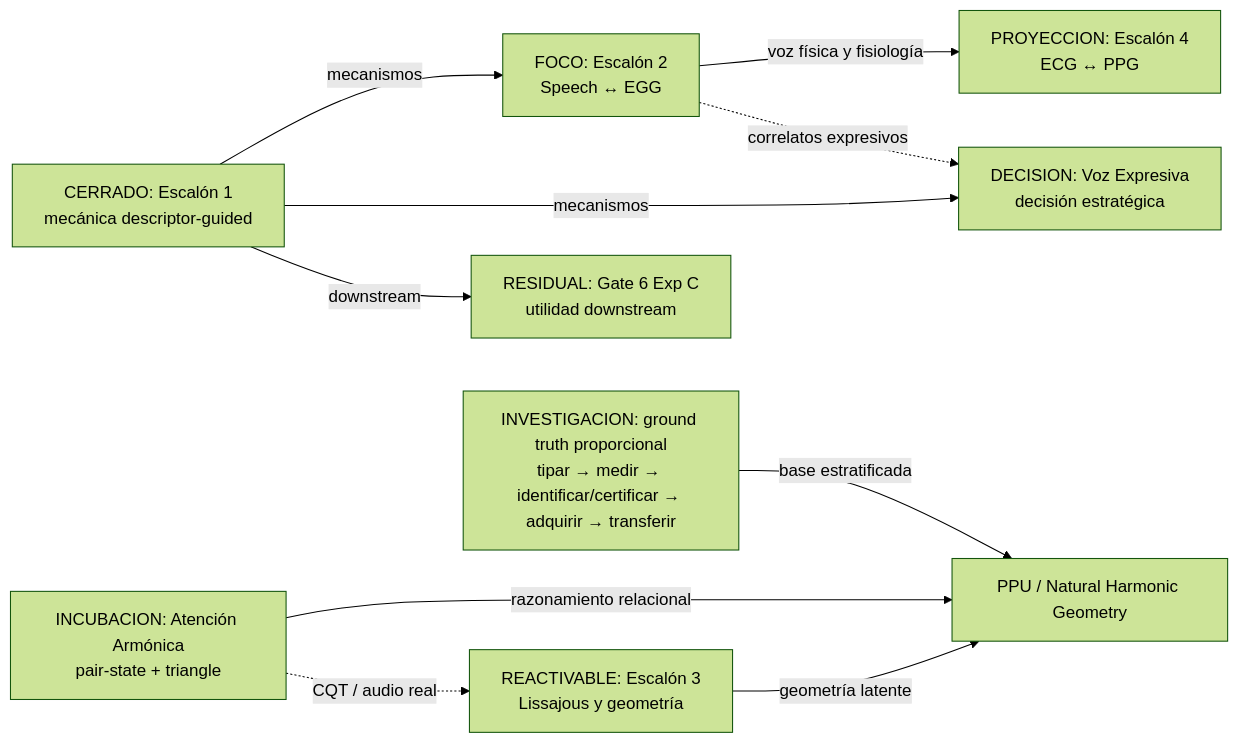
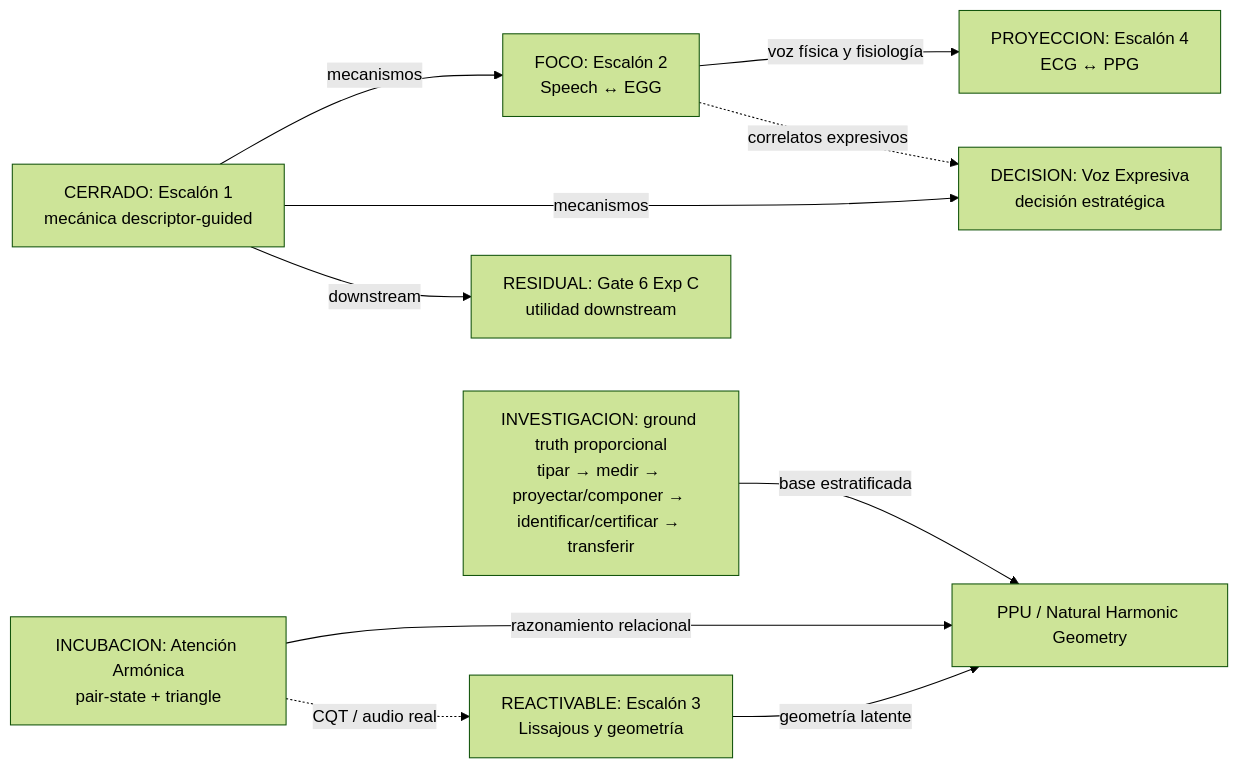
The first of 2 diagrams in Documents/05_WIKI/MAPA_VISUAL_DEL_PROGRAMA.md (Mar-IA-no/Phideus), drawn with Mermaid (forest theme) before and after one commit. The commit also changed other lines of this file and 10 other files, not shown here.

````diff
--- a/Documents/05_WIKI/MAPA_VISUAL_DEL_PROGRAMA.md
+++ b/Documents/05_WIKI/MAPA_VISUAL_DEL_PROGRAMA.md
@@ -36,22 +36,22 @@
 ```mermaid
 flowchart LR
     E1["CERRADO: Escalón 1<br/>mecánica descriptor-guided"]
     G6["RESIDUAL: Gate 6 Exp C<br/>utilidad downstream"]
     E2["FOCO: Escalón 2<br/>Speech ↔ EGG"]
     VE["DECISION: Voz Expresiva<br/>decisión estratégica"]
     E3["REACTIVABLE: Escalón 3<br/>Lissajous y geometría"]
     AA["INCUBACION: Atención Armónica<br/>pair-state + triangle"]
     E4["PROYECCION: Escalón 4<br/>ECG ↔ PPG"]
     PPU["PPU / Natural Harmonic Geometry"]
-    GT["INVESTIGACION: ground truth proporcional<br/>tipar → medir → identificar/certificar → adquirir → transferir"]
+    GT["INVESTIGACION: ground truth proporcional<br/>tipar → medir → proyectar/componer → identificar/certificar → transferir"]
 
     E1 -->|mecanismos| E2
     E1 -->|mecanismos| VE
     E1 -->|downstream| G6
     E2 -->|voz física y fisiología| E4
     E2 -.->|correlatos expresivos| VE
     E3 -->|geometría latente| PPU
     AA -->|razonamiento relacional| PPU
     GT -->|base estratificada| PPU
     AA -.->|CQT / audio real| E3
 ```
````
